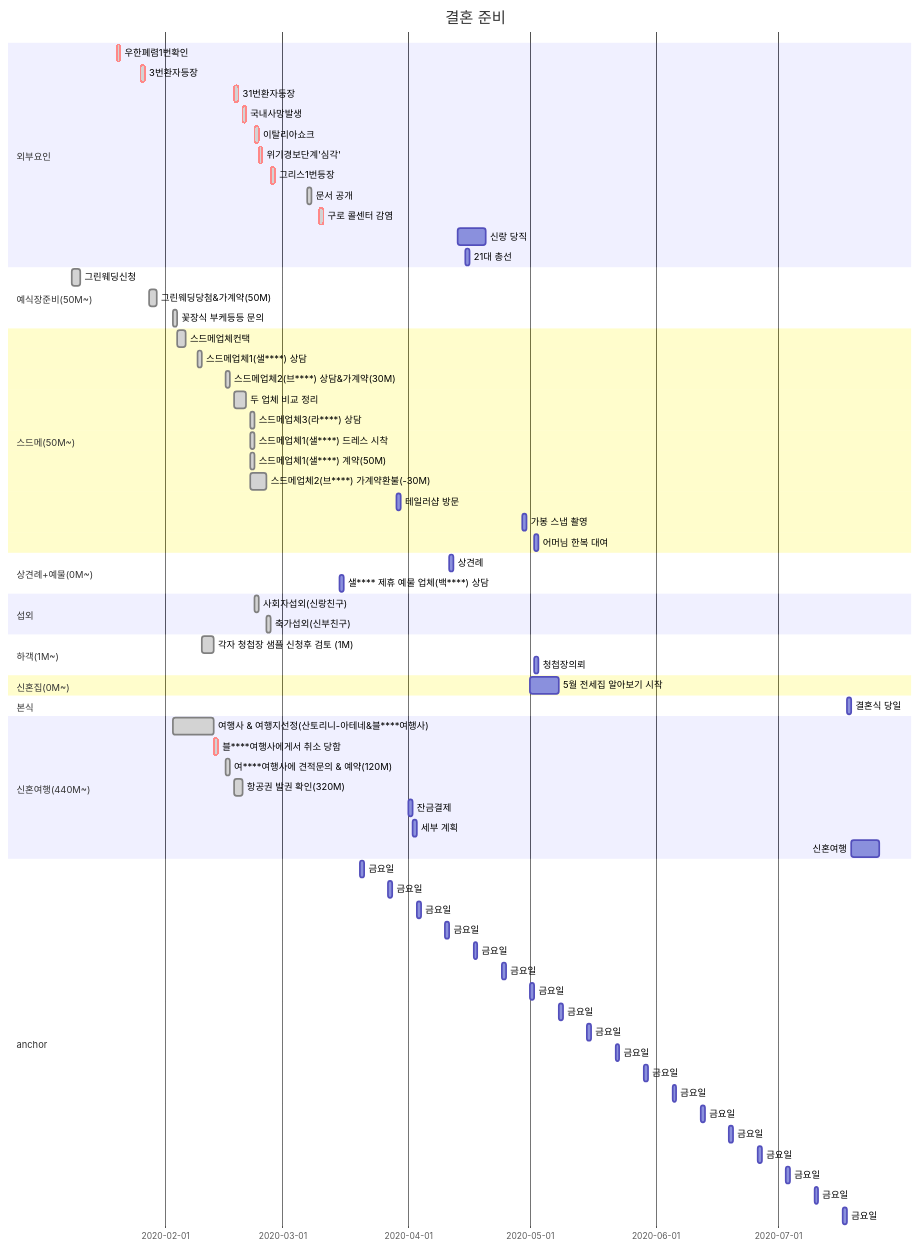
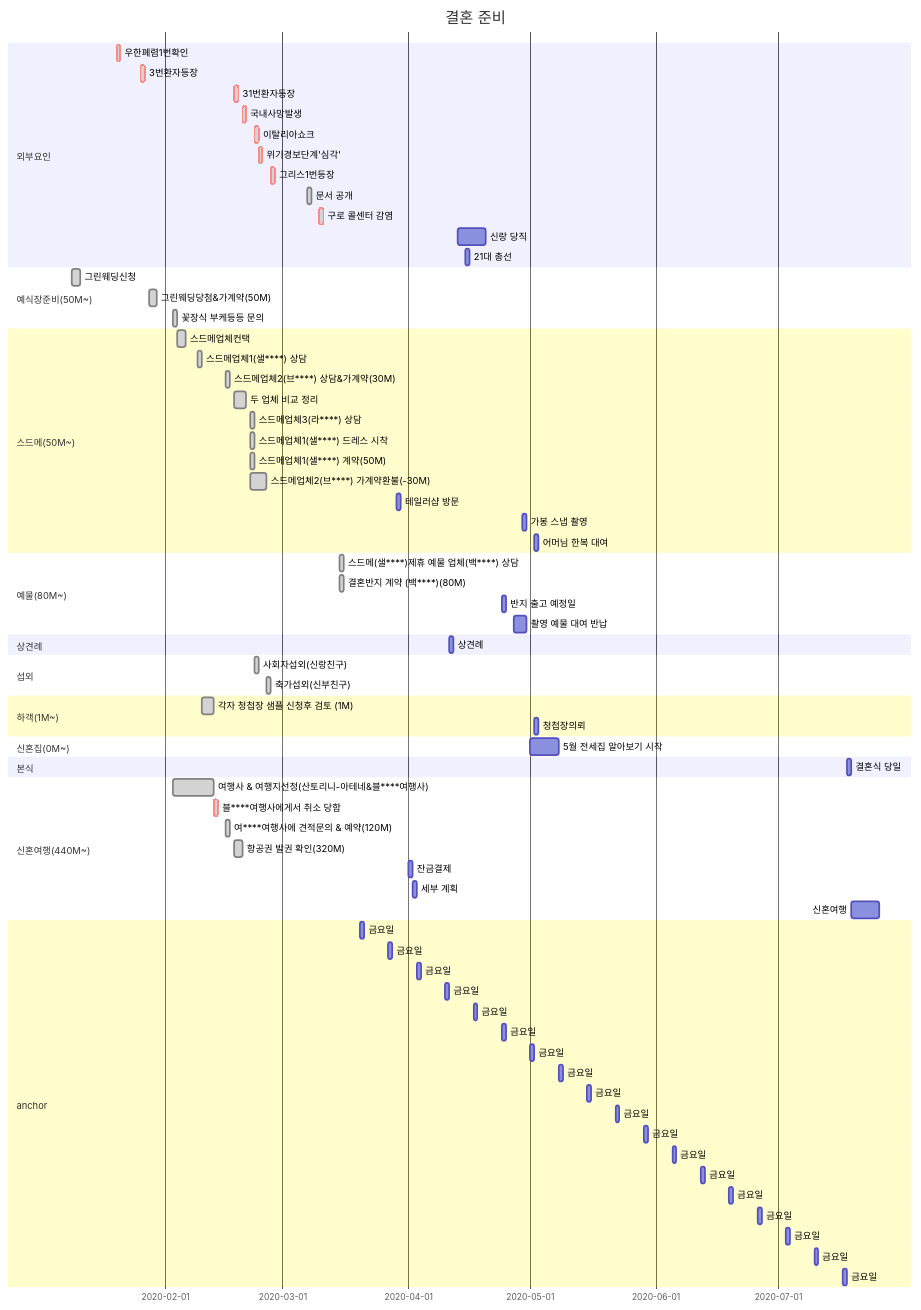
Before and after one commit to rino0601/hjk52knk: the diagram in docs/_static/journal.mmd, drawn with Mermaid. The commit also changed 3 other files, not shown here.

```diff
--- a/docs/_static/journal.mmd
+++ b/docs/_static/journal.mmd
@@ -1,81 +1,86 @@
 gantt
   title 결혼 준비
   dateFormat  YYYY-MM-DD
 
   section 외부요인
     우한폐렴1번확인: done, crit, 2020-01-20, 1d
     3번환자등장: done, crit, 2020-01-26, 1d
     31번환자등장: done, crit, 2020-02-18, 1d
     국내사망발생: done, crit, 2020-02-20, 1d
     이탈리아쇼크: done, crit, 2020-02-23, 1d
     위기경보단계'심각': done, crit, 2020-02-24, 1d
     그리스1번등장: done, crit, 2020-02-27, 1d
     문서 공개: done, 2020-03-07, 1d
     구로 콜센터 감염: done, crit, 2020-03-10, 1d
     신랑 당직: 2020-04-13, 2020-04-20
     21대 총선: 2020-04-15, 1d
 
   section 예식장준비(50M~)
     그린웨딩신청: done, 2020-01-09, 2d
     그린웨딩당첨&가계약(50M): done, 2020-01-28, 2d
     꽃장식 부케등등 문의: done, 2020-02-03, 1d
 
   section 스드메(50M~)
     스드메업체컨택: done, 2020-02-04, 2d
     스드메업체1(샐****) 상담: done, 2020-02-09, 1d
     스드메업체2(브****) 상담&가계약(30M): done, 2020-02-16, 1d
     두 업체 비교 정리: done, 2020-02-18, 2020-02-21
     스드메업체3(라****) 상담: done, 2020-02-22, 1d
     스드메업체1(샐****) 드레스 시착: done, 2020-02-22, 1d
     스드메업체1(샐****) 계약(50M): done, 2020-02-22, 1d
     스드메업체2(브****) 가계약환불(-30M): done, 2020-02-22, 2020-02-26
     테일러샵 방문: 2020-03-29, 1d
     가봉 스냅 촬영: 2020-04-29, 1d
     어머님 한복 대여: 2020-05-02, 1d
 
-  section 상견례+예물(0M~)
+  section 예물(80M~)
+    스드메(샐****)제휴 예물 업체(백****) 상담: done, 2020-03-15, 1d
+    결혼반지 계약 (백****)(80M): done, 2020-03-15, 1d
+    반지 출고 예정일: 2020-04-24, 1d
+    촬영 예물 대여 반납: 2020-04-27, 2020-04-30
+
+  section 상견례
     상견례: 2020-04-11, 1d
-    샐**** 제휴 예물 업체(백****) 상담: 2020-03-15, 1d
 
   section 섭외
     사회자섭외(신랑친구): done, 2020-02-23, 1d
     축가섭외(신부친구): done, 2020-02-26, 1d
 
   section 하객(1M~)
     각자 청첩장 샘플 신청후 검토 (1M): done, 2020-02-10, 2020-02-13
     청첩장의뢰                : after a11, 1d
 
   section 신혼집(0M~)
     5월 전세집 알아보기 시작: 2020-05-01, 7d
 
   section 본식
     결혼식 당일: dday, 2020-07-18  , 1d
 
   section 신혼여행(440M~)
     여행사 & 여행지선정(산토리니-아테네&블****여행사): done, 2020-02-03, 2020-02-13
     블****여행사에게서 취소 당함: done, crit, 2020-02-13, 1d
     여****여행사에 견적문의 & 예약(120M): done, 2020-02-16, 2020-02-17
     항공권 발권 확인(320M): done, 2020-02-18, 2020-02-20
     잔금결제: 2020-04-01, 1d
     세부 계획: 1d
     신혼여행: 2020-07-19, 2020-07-26
 
   section anchor
     금요일: a17, 2020-03-20, 1d
     금요일: a16, 2020-03-27, 1d
     금요일: a15, 2020-04-03, 1d
     금요일: a14, 2020-04-10, 1d
     금요일: a13, 2020-04-17, 1d
     금요일: a12, 2020-04-24, 1d
     금요일: a11, 2020-05-01, 1d
     금요일: a10, 2020-05-08, 1d
     금요일: a9, 2020-05-15, 1d
     금요일: a8, 2020-05-22, 1d
     금요일: a7, 2020-05-29, 1d
     금요일: a6, 2020-06-05, 1d
     금요일: a5, 2020-06-12, 1d
     금요일: a4, 2020-06-19, 1d
     금요일: a3, 2020-06-26, 1d
     금요일: a2, 2020-07-03, 1d
     금요일: a1, 2020-07-10, 1d
     금요일: a0, 2020-07-17, 1d
```
